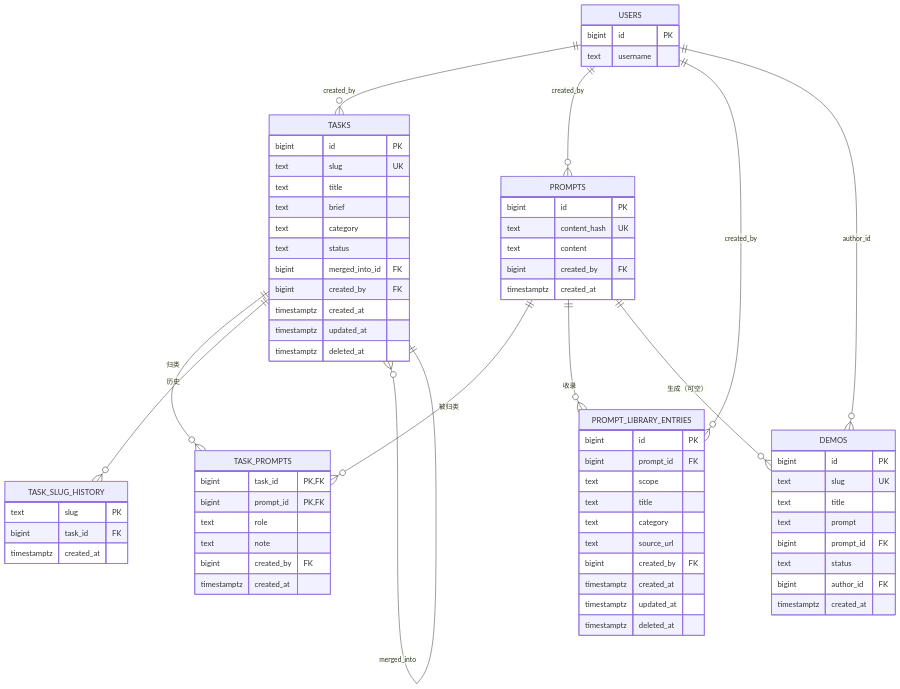
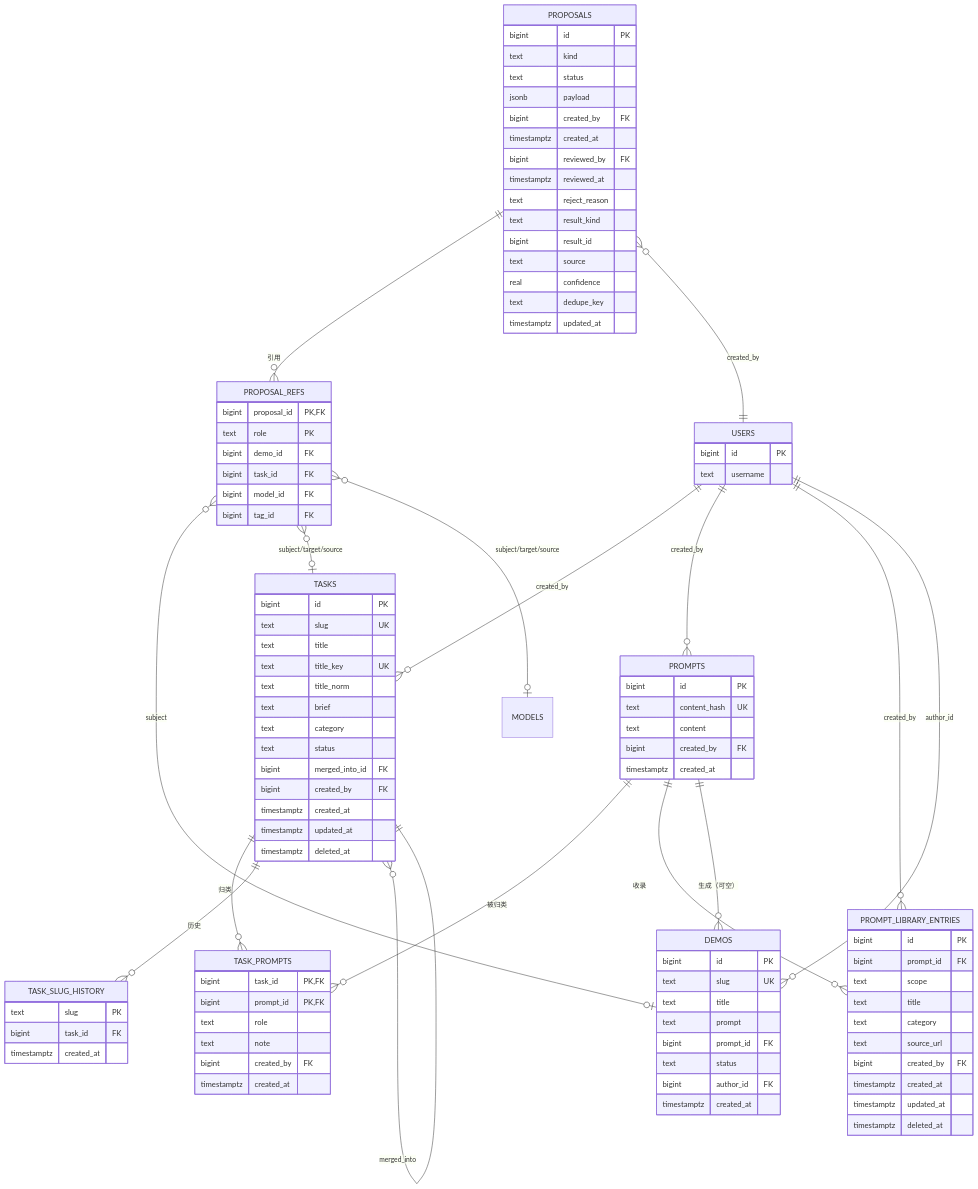
Before and after one commit to deepdemos/ds-demos-showcase: the fourth of 20 diagrams in docs/实体域UML图集.md, drawn with Mermaid. The commit also changed other lines of this file and 1 other file, not shown here.

````diff
--- a/docs/实体域UML图集.md
+++ b/docs/实体域UML图集.md
@@ -265,6 +277,8 @@
         bigint id PK
         text slug UK
         text title
+        text title_key UK
+        text title_norm
         text brief
         text category
         text status
@@ -327,6 +341,33 @@
         text username
     }
 
+    PROPOSALS {
+        bigint id PK
+        text kind
+        text status
+        jsonb payload
+        bigint created_by FK
+        timestamptz created_at
+        bigint reviewed_by FK
+        timestamptz reviewed_at
+        text reject_reason
+        text result_kind
+        bigint result_id
+        text source
+        real confidence
+        text dedupe_key
+        timestamptz updated_at
+    }
+
+    PROPOSAL_REFS {
+        bigint proposal_id PK,FK
+        text role PK
+        bigint demo_id FK
+        bigint task_id FK
+        bigint model_id FK
+        bigint tag_id FK
+    }
+
     TASKS ||--o{ TASK_PROMPTS : "归类"
     PROMPTS ||--o{ TASK_PROMPTS : "被归类"
     PROMPTS ||--o{ PROMPT_LIBRARY_ENTRIES : "收录"
@@ -337,4 +378,9 @@
     USERS ||--o{ PROMPTS : "created_by"
     USERS ||--o{ PROMPT_LIBRARY_ENTRIES : "created_by"
     USERS ||--o{ DEMOS : "author_id"
+    PROPOSALS ||--o{ PROPOSAL_REFS : "引用"
+    PROPOSALS }o--|| USERS : "created_by"
+    PROPOSAL_REFS }o--o| DEMOS : "subject"
+    PROPOSAL_REFS }o--o| TASKS : "subject/target/source"
+    PROPOSAL_REFS }o--o| MODELS : "subject/target/source"
 ```
````
